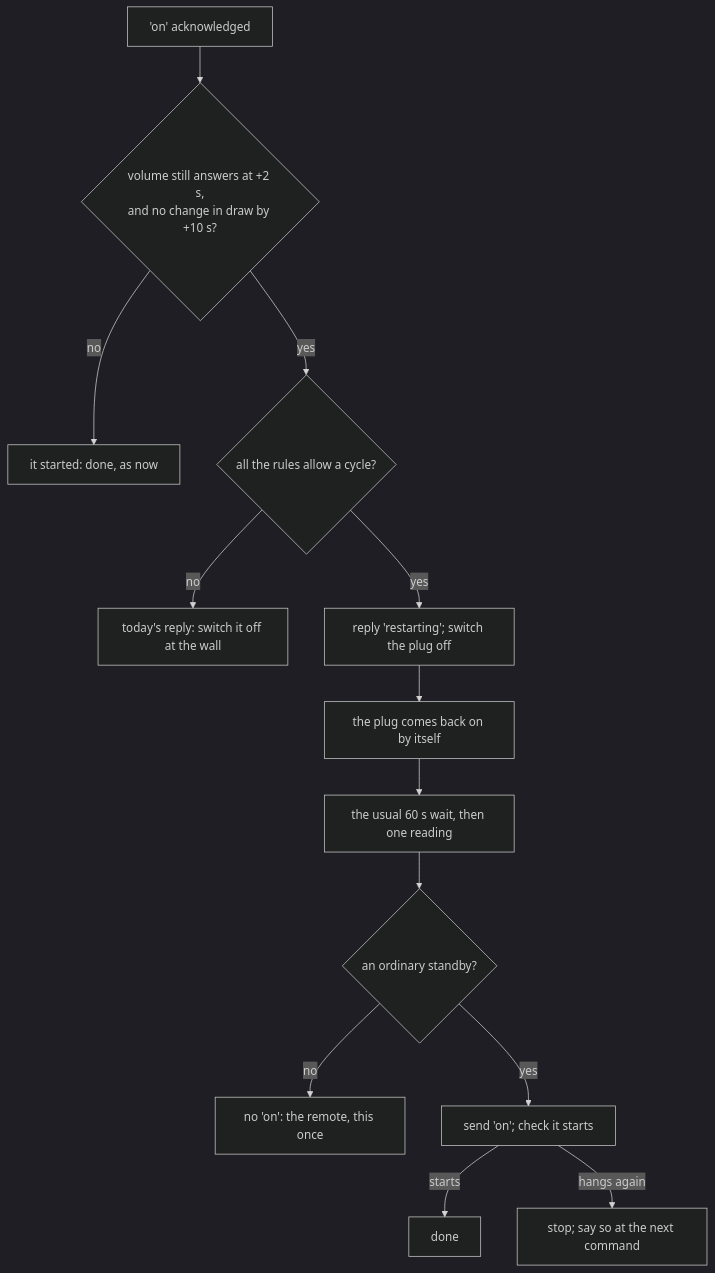
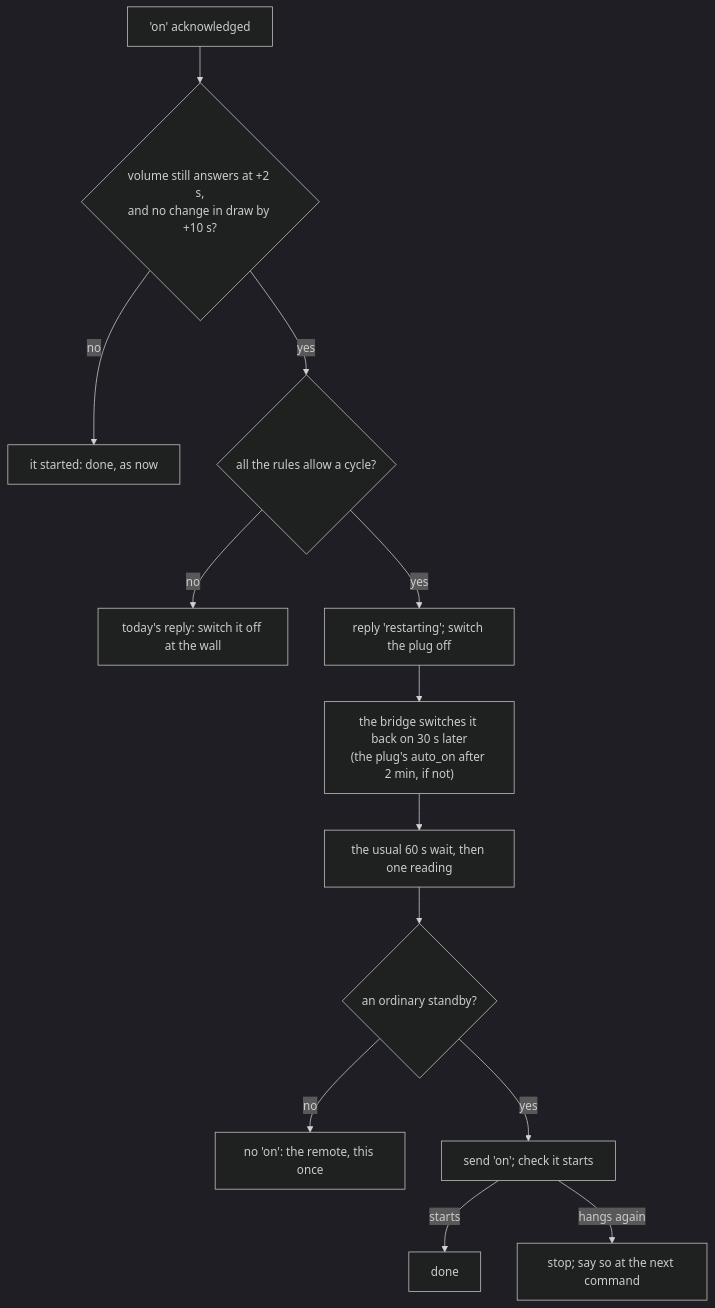
The diagram in docs/plug-backstop.md (nicholasaross/x100-control), drawn with Mermaid (dark theme) before and after one commit. The commit also changed other lines of this file, not shown here.

First line of the commit message:
Plug backstop design: record Nick's decisions

````diff
--- a/docs/plug-backstop.md
+++ b/docs/plug-backstop.md
@@ -56,15 +56,15 @@
 ```mermaid
 flowchart TD
     A["'on' acknowledged"] --> B{"volume still answers at +2 s,<br/>and no change in draw by +10 s?"}
     B -- no --> OK["it started: done, as now"]
     B -- yes --> C{"all the rules allow a cycle?"}
     C -- no --> OLD["today's reply: switch it off at the wall"]
     C -- yes --> D["reply 'restarting'; switch the plug off"]
-    D --> E["the plug comes back on by itself"]
+    D --> E["the bridge switches it back on 30 s later<br/>(the plug's auto_on after 2 min, if not)"]
     E --> F["the usual 60 s wait, then one reading"]
     F --> G{"an ordinary standby?"}
     G -- no --> H["no 'on': the remote, this once"]
     G -- yes --> I["send 'on'; check it starts"]
     I -- starts --> DONE["done"]
     I -- hangs again --> STOP["stop; say so at the next command"]
 ```
````
